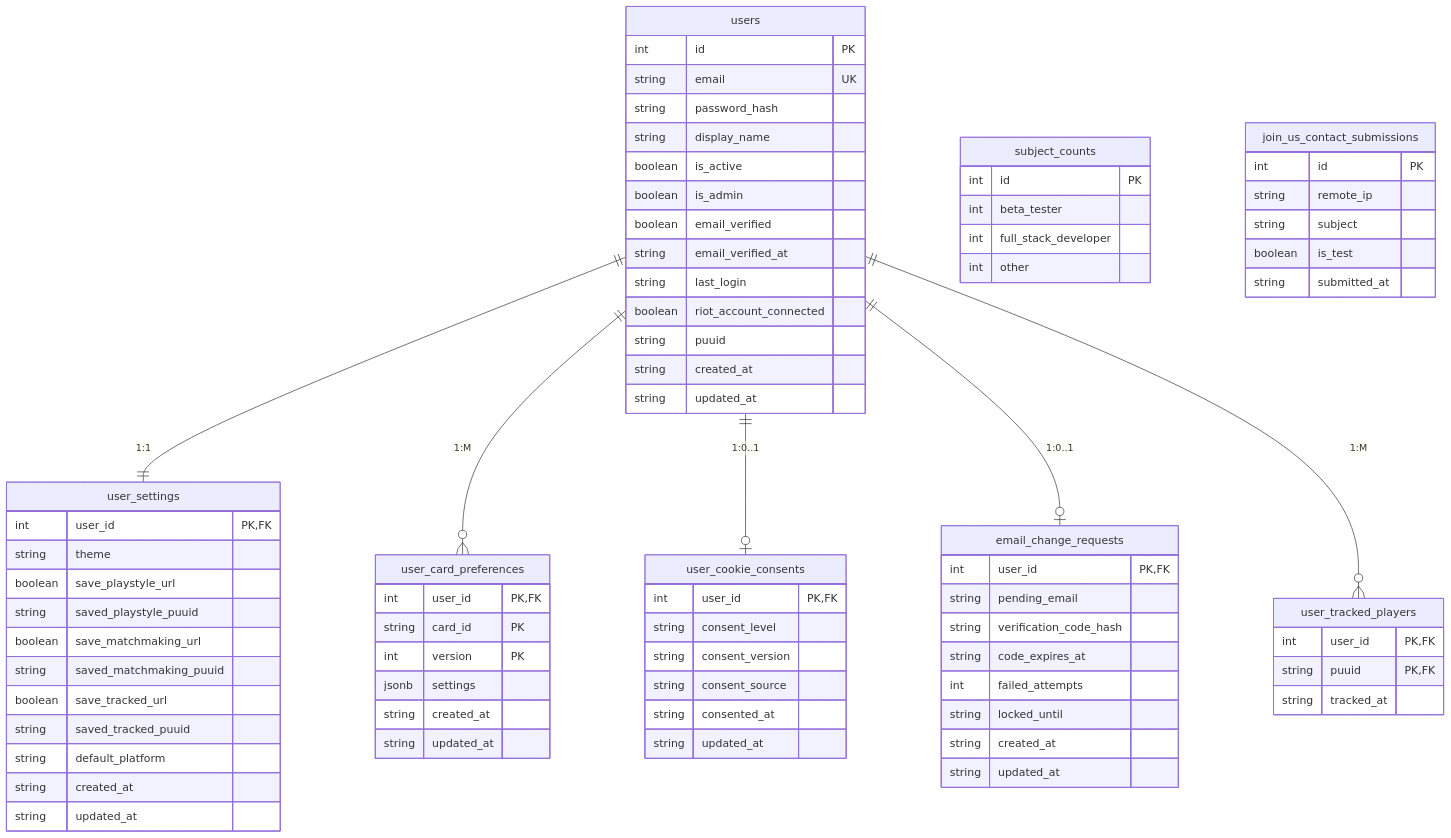
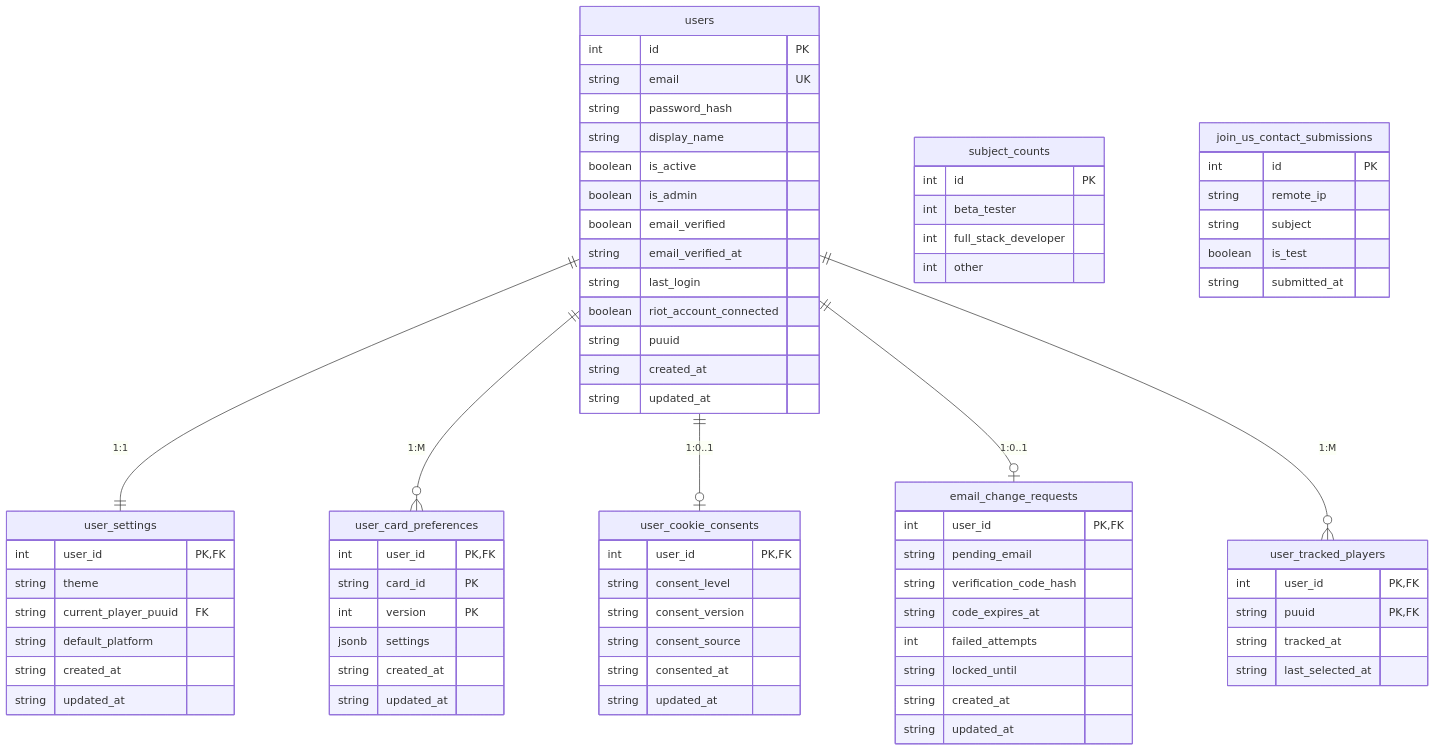
Before and after one commit to matejkadlec/league-analysis: the first of 3 diagrams in docs/database.md, drawn with Mermaid. The commit also changed other lines of this file and 54 other files, not shown here.

```diff
--- a/docs/database.md
+++ b/docs/database.md
@@ -45,12 +45,7 @@
     user_settings {
         int user_id PK, FK
         string theme
-        boolean save_playstyle_url
-        string saved_playstyle_puuid
-        boolean save_matchmaking_url
-        string saved_matchmaking_puuid
-        boolean save_tracked_url
-        string saved_tracked_puuid
+        string current_player_puuid FK
         string default_platform
         string created_at
         string updated_at
@@ -78,6 +73,7 @@
         int user_id PK, FK
         string puuid PK, FK
         string tracked_at
+        string last_selected_at
     }
 
     email_change_requests {
```
